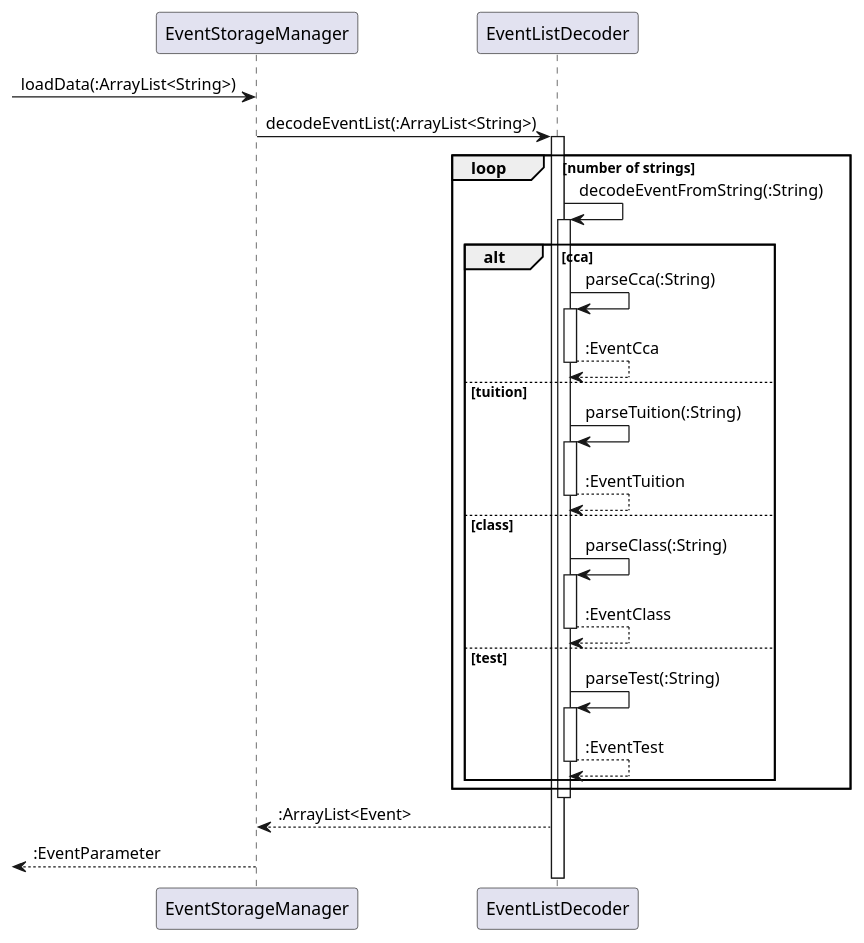
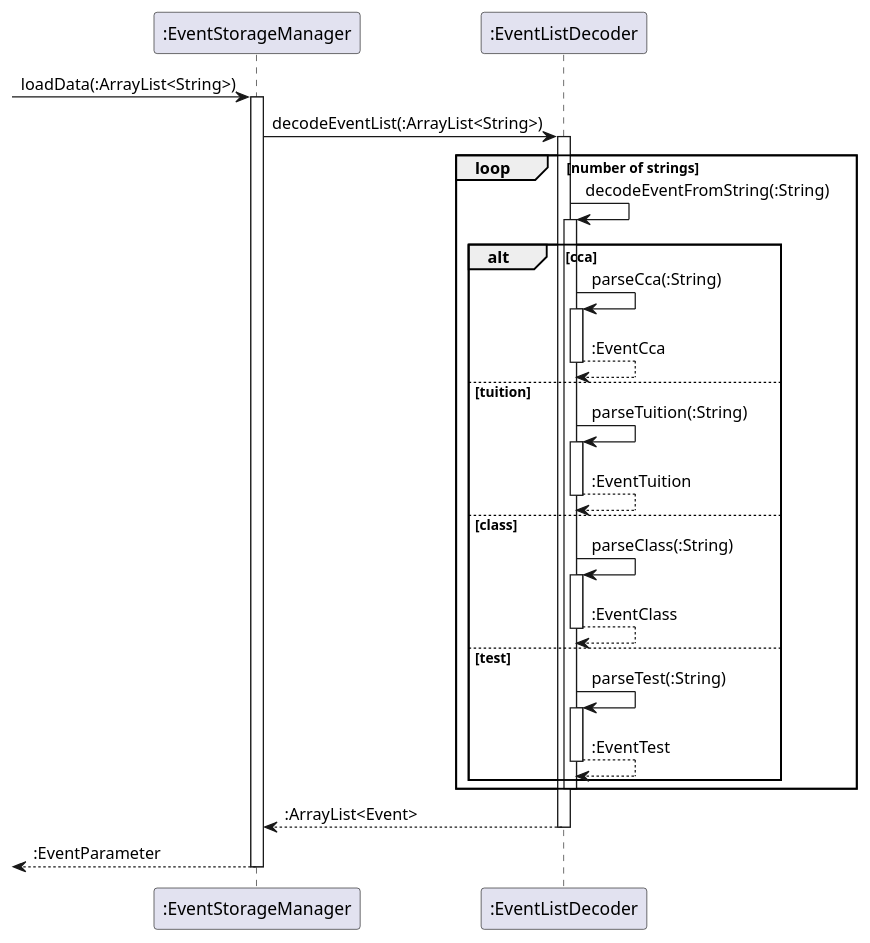
The diagram in docs/plantuml/EventStorageReadSequence.puml (untitle4/tp), drawn with PlantUML before and after one commit.

```diff
--- a/docs/plantuml/EventStorageReadSequence.puml
+++ b/docs/plantuml/EventStorageReadSequence.puml
@@ -1,38 +1,40 @@
 @startuml
 
--> EventStorageManager : loadData(:ArrayList<String>)
-
-EventStorageManager -> EventListDecoder : decodeEventList(:ArrayList<String>)
-activate EventListDecoder
+-> ":EventStorageManager" : loadData(:ArrayList<String>)
+activate ":EventStorageManager"
+":EventStorageManager" -> ":EventListDecoder" : decodeEventList(:ArrayList<String>)
+activate ":EventListDecoder"
 
 loop number of strings
-EventListDecoder -> EventListDecoder : decodeEventFromString(:String)
-activate EventListDecoder
+":EventListDecoder" -> ":EventListDecoder" : decodeEventFromString(:String)
+activate ":EventListDecoder"
 alt cca
-EventListDecoder -> EventListDecoder : parseCca(:String)
-activate EventListDecoder
-EventListDecoder --> EventListDecoder : :EventCca
-deactivate EventListDecoder
+":EventListDecoder" -> ":EventListDecoder" : parseCca(:String)
+activate ":EventListDecoder"
+":EventListDecoder" --> ":EventListDecoder" : :EventCca
+deactivate ":EventListDecoder"
 else tuition
-EventListDecoder -> EventListDecoder : parseTuition(:String)
-activate EventListDecoder
-EventListDecoder --> EventListDecoder : :EventTuition
-deactivate EventListDecoder
+":EventListDecoder" -> ":EventListDecoder" : parseTuition(:String)
+activate ":EventListDecoder"
+":EventListDecoder" --> ":EventListDecoder" : :EventTuition
+deactivate ":EventListDecoder"
 else class
-EventListDecoder -> EventListDecoder : parseClass(:String)
-activate EventListDecoder
-EventListDecoder --> EventListDecoder : :EventClass
-deactivate EventListDecoder
+":EventListDecoder" -> ":EventListDecoder" : parseClass(:String)
+activate ":EventListDecoder"
+":EventListDecoder" --> ":EventListDecoder" : :EventClass
+deactivate ":EventListDecoder"
 else test
-EventListDecoder -> EventListDecoder : parseTest(:String)
-activate EventListDecoder
-EventListDecoder --> EventListDecoder : :EventTest
-deactivate EventListDecoder
+":EventListDecoder" -> ":EventListDecoder" : parseTest(:String)
+activate ":EventListDecoder"
+":EventListDecoder" --> ":EventListDecoder" : :EventTest
+deactivate ":EventListDecoder"
 end alt
+deactivate ":EventListDecoder"
 end loop
 
-deactivate EventListDecoder
-EventListDecoder --> EventStorageManager : :ArrayList<Event>
 
-<-- EventStorageManager : :EventParameter
+":EventListDecoder" --> ":EventStorageManager" : :ArrayList<Event>
+deactivate ":EventListDecoder"
+<-- ":EventStorageManager" : :EventParameter
+deactivate ":EventStorageManager"
 @enduml
```
